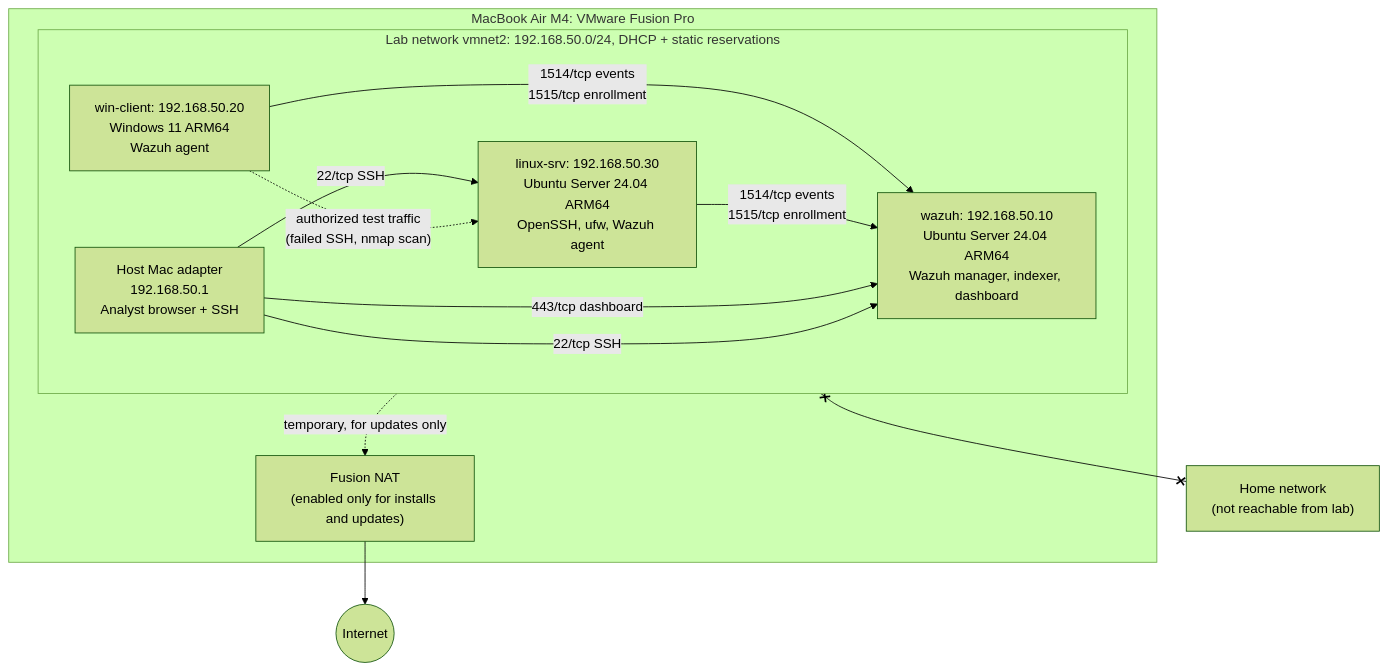
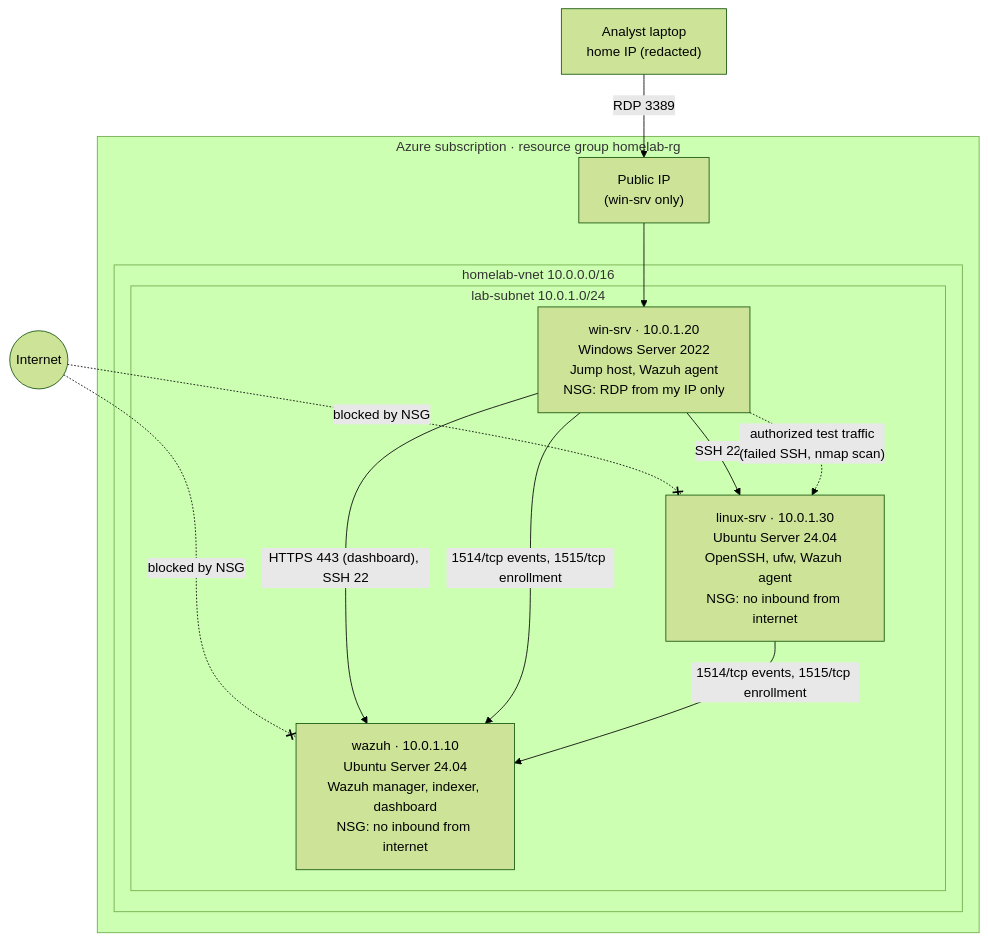
The diagram in docs/network-diagram.md (DrvKrv/security-homelab), drawn with Mermaid (forest theme) before and after one commit. The commit also changed other lines of this file and 6 other files, not shown here.

Commit message:
Switch lab layout to Azure: VNet, Windows Server jump host, NSGs

````diff
--- a/docs/network-diagram.md
+++ b/docs/network-diagram.md
@@ -10,23 +10,24 @@
 ```mermaid
 flowchart TB
+    ME["Analyst laptop<br/>home IP (redacted)"]
     INTERNET(("Internet"))
-    subgraph HOST["MacBook Air M4: VMware Fusion Pro"]
-        NAT["Fusion NAT<br/>(enabled only for installs and updates)"]
-        subgraph LAB["Lab network vmnet2: 192.168.50.0/24, DHCP + static reservations"]
-            HOSTIF["Host Mac adapter<br/>192.168.50.1<br/>Analyst browser + SSH"]
-            WAZUH["wazuh: 192.168.50.10<br/>Ubuntu Server 24.04 ARM64<br/>Wazuh manager, indexer, dashboard"]
-            WIN["win-client: 192.168.50.20<br/>Windows 11 ARM64<br/>Wazuh agent"]
-            LNX["linux-srv: 192.168.50.30<br/>Ubuntu Server 24.04 ARM64<br/>OpenSSH, ufw, Wazuh agent"]
+    subgraph AZ["Azure subscription · resource group homelab-rg"]
+        PIP["Public IP<br/>(win-srv only)"]
+        subgraph VNET["homelab-vnet 10.0.0.0/16"]
+            subgraph SUB["lab-subnet 10.0.1.0/24"]
+                WIN["win-srv · 10.0.1.20<br/>Windows Server 2022<br/>Jump host, Wazuh agent<br/>NSG: RDP from my IP only"]
+                WAZUH["wazuh · 10.0.1.10<br/>Ubuntu Server 24.04<br/>Wazuh manager, indexer, dashboard<br/>NSG: no inbound from internet"]
+                LNX["linux-srv · 10.0.1.30<br/>Ubuntu Server 24.04<br/>OpenSSH, ufw, Wazuh agent<br/>NSG: no inbound from internet"]
+            end
         end
     end
-    HOME["Home network<br/>(not reachable from lab)"]
 
-    WIN -- "1514/tcp events<br/>1515/tcp enrollment" --> WAZUH
-    LNX -- "1514/tcp events<br/>1515/tcp enrollment" --> WAZUH
-    HOSTIF -- "443/tcp dashboard" --> WAZUH
-    HOSTIF -- "22/tcp SSH" --> LNX
-    HOSTIF -- "22/tcp SSH" --> WAZUH
+    ME -- "RDP 3389" --> PIP --> WIN
+    INTERNET -. "blocked by NSG" .-x WAZUH
+    INTERNET -. "blocked by NSG" .-x LNX
+    WIN -- "HTTPS 443 (dashboard), SSH 22" --> WAZUH
+    WIN -- "SSH 22" --> LNX
+    WIN -- "1514/tcp events, 1515/tcp enrollment" --> WAZUH
+    LNX -- "1514/tcp events, 1515/tcp enrollment" --> WAZUH
     WIN -. "authorized test traffic<br/>(failed SSH, nmap scan)" .-> LNX
-    LAB -. "temporary, for updates only" .-> NAT --> INTERNET
-    LAB x--x HOME
 ```
````
